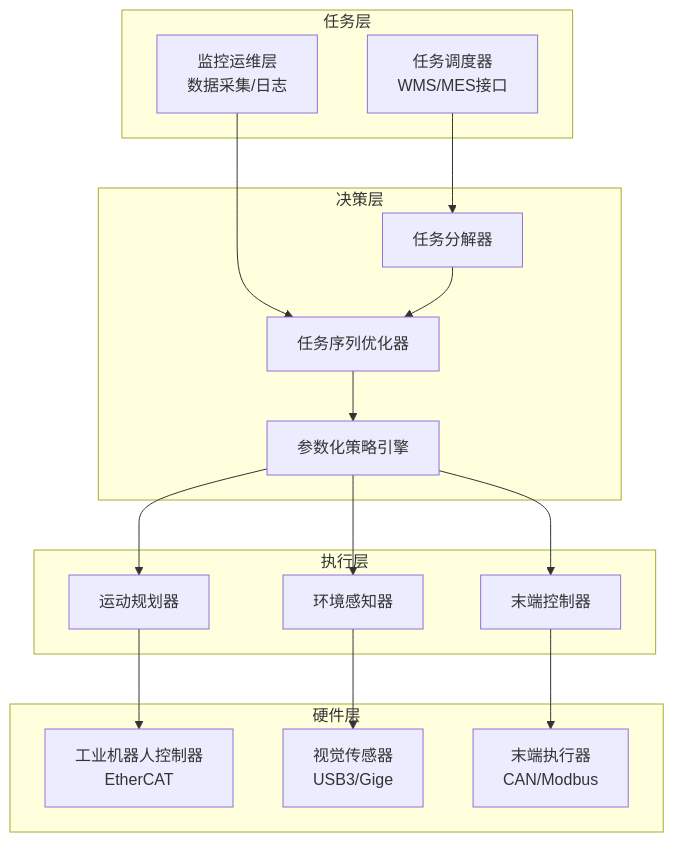
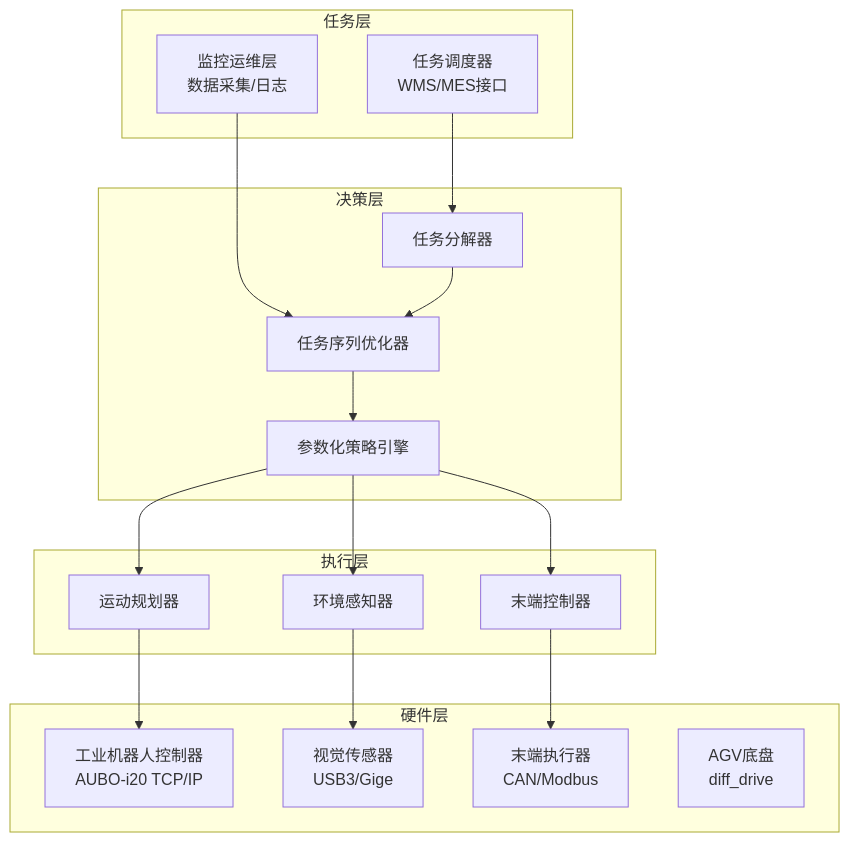
One commit to joezxh/robot-logistics changed the first of 11 diagrams in docs/robot-algorithm-design.md. Above: the diagram before and after it, drawn with Mermaid. The commit also changed other lines of this file and 5 other files, not shown here.

````diff
--- a/docs/robot-algorithm-design.md
+++ b/docs/robot-algorithm-design.md
@@ -33,37 +34,38 @@
 ```mermaid
 graph TB
     subgraph "任务层"
         T1[任务调度器<br/>WMS/MES接口]
         T2[监控运维层<br/>数据采集/日志]
     end
     
     subgraph "决策层"
         D1[任务分解器]
         D2[任务序列优化器]
         D3[参数化策略引擎]
     end
     
     subgraph "执行层"
         P1[运动规划器]
         P2[环境感知器]
         P3[末端控制器]
     end
     
     subgraph "硬件层"
-        H1[工业机器人控制器<br/>EtherCAT]
+        H1[工业机器人控制器<br/>AUBO-i20 TCP/IP]
         H2[视觉传感器<br/>USB3/Gige]
         H3[末端执行器<br/>CAN/Modbus]
+        H4[AGV底盘<br/>diff_drive]
     end
     
     T1 --> D1
     T2 --> D2
     D1 --> D2
     D2 --> D3
     D3 --> P1
     D3 --> P2
     D3 --> P3
     
     P1 --> H1
     P2 --> H2
     P3 --> H3
 ```
````
